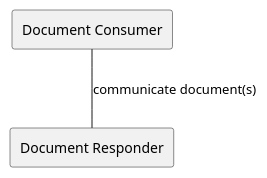
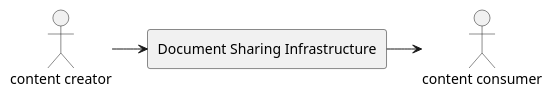
Before and after one commit to IHE/ITI.MHD: the diagram in input/images-source/umlFigure1.plantuml, drawn with PlantUML. The commit also changed 1 other file, not shown here.

Commit message:
remove ugly diagram

```diff
--- a/input/images-source/umlFigure1.plantuml
+++ b/input/images-source/umlFigure1.plantuml
@@ -1,5 +1,7 @@
 @startuml
-agent "Document Consumer" as DocumentConsumer
-agent "Document Responder" as DocumentResponder
-DocumentConsumer -- DocumentResponder : "communicate document(s)"
+actor "content creator" as creator
+agent "Document Sharing Infrastructure" as sharing
+actor "content consumer" as consumer
+creator -> sharing
+sharing -> consumer
 @enduml
```
